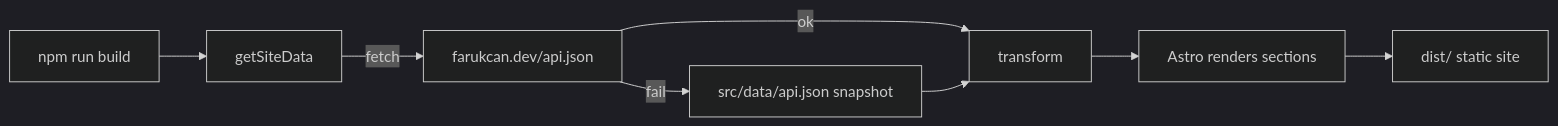
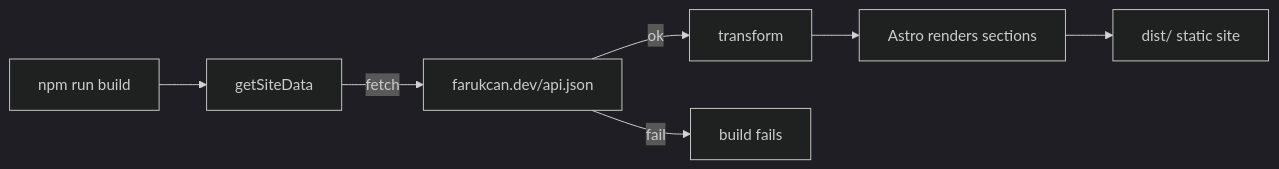
The diagram in README.md (farukcan/farukcan_web), drawn with Mermaid (dark theme) before and after one commit. The commit also changed other lines of this file and 2 other files, not shown here.

First line of the commit message:
refactor: remove local snapshot fallback and update README

````diff
--- a/README.md
+++ b/README.md
@@ -23,10 +22,9 @@
 ```mermaid
 flowchart LR
     A[npm run build] --> B[getSiteData]
     B -->|fetch| C[farukcan.dev/api.json]
     C -->|ok| E[transform]
-    C -->|fail| D[src/data/api.json snapshot]
-    D --> E
+    C -->|fail| X[build fails]
     E --> F[Astro renders sections]
     F --> G[dist/ static site]
 ```
````
